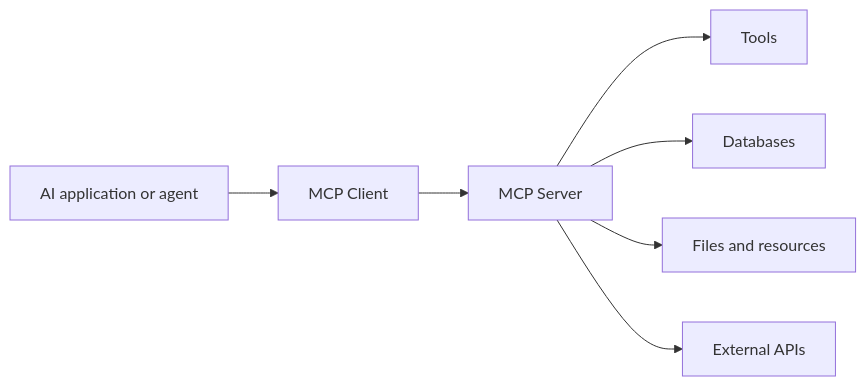
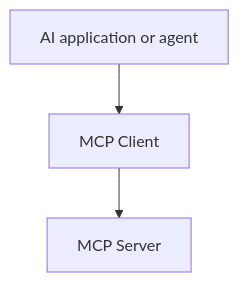
The first of 4 diagrams in docs/agent/01-foundations/01-agent-foundations.md (zongyangbigpolo/awesome-ai-roadmap), drawn with Mermaid before and after one commit. The commit also changed other lines of this file and 320 other files, not shown here.

First line of the commit message:
Prepare compact bilingual diagrams and centralized references for Kindle RC2

````diff
--- a/docs/agent/01-foundations/01-agent-foundations.md
+++ b/docs/agent/01-foundations/01-agent-foundations.md
@@ -176,9 +178,8 @@
 ```mermaid
-flowchart LR
-    A[AI application or agent] --> B[MCP Client]
-    B --> C[MCP Server]
-    C --> D[Tools]
-    C --> E[Databases]
-    C --> F[Files and resources]
-    C --> G[External APIs]
+flowchart TB
+    A[AI application or agent]
+    B[MCP Client]
+    C[MCP Server]
+    A --> B
+    B --> C
 ```
````
